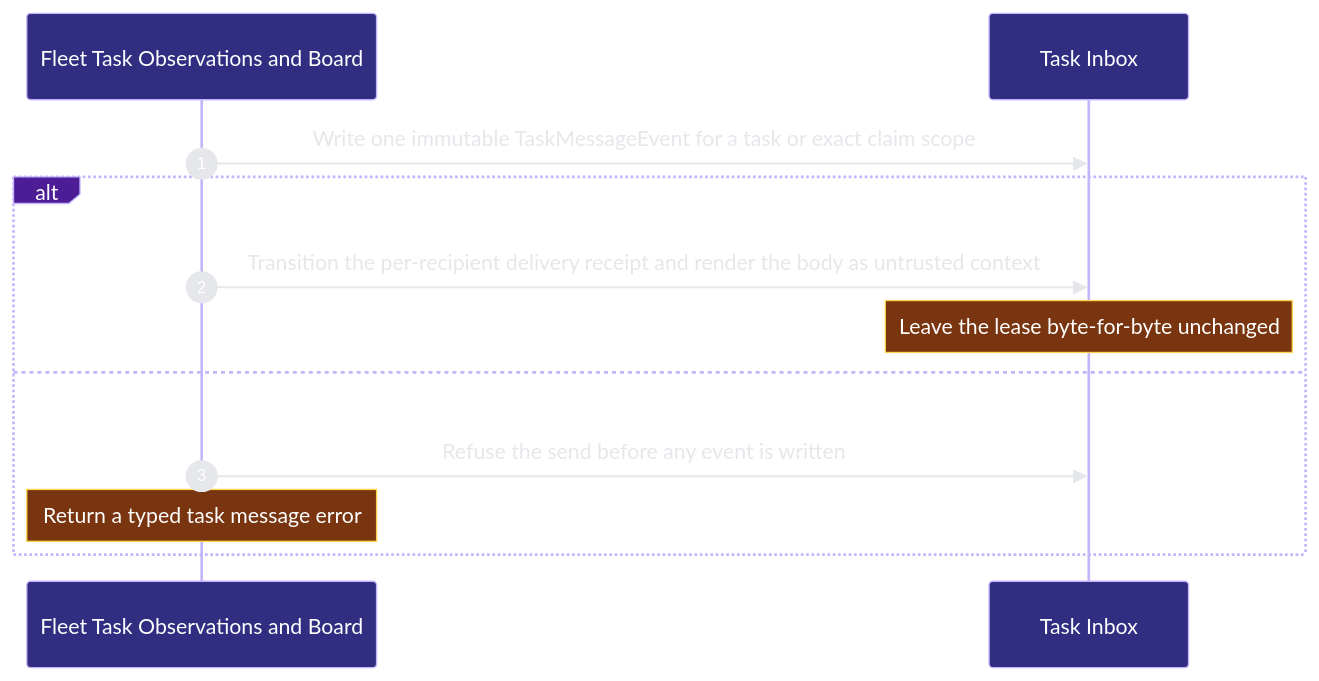
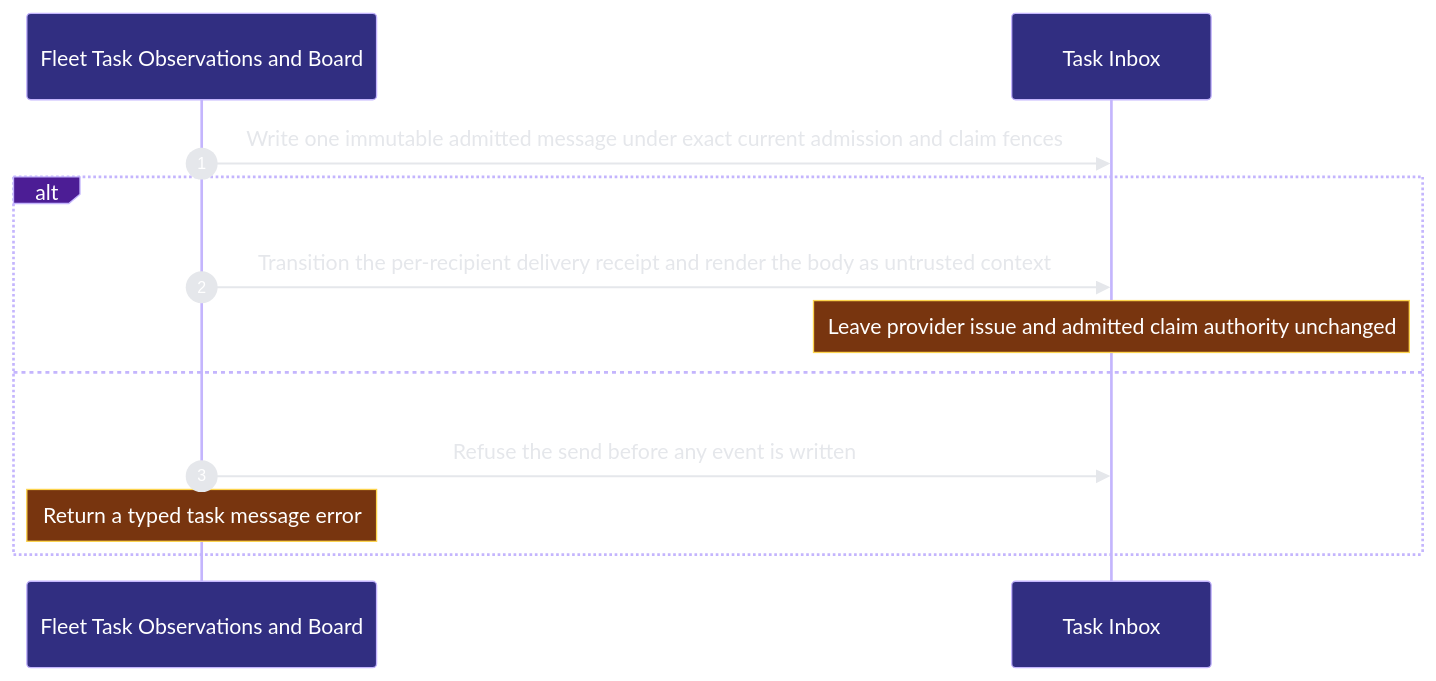
One commit to Ancienttwo/repo-harness changed the second of 2 diagrams in docs/architecture/modules/organization/task-fleet.md. Above: the diagram before and after it, drawn with Mermaid. The commit also changed other lines of this file and 27 other files, not shown here.

First line of the commit message:
chore(projection): refresh generated architecture outputs for main@bbf18043e43e

````diff
--- a/docs/architecture/modules/organization/task-fleet.md
+++ b/docs/architecture/modules/organization/task-fleet.md
@@ -89,15 +93,15 @@
 ```mermaid
 %%{init: {"theme":"base","themeVariables":{"background":"#0d1117","actorBkg":"#312e81","actorBorder":"#c4b5fd","actorTextColor":"#ffffff","signalColor":"#e5e7eb","signalTextColor":"#e5e7eb","labelBoxBkgColor":"#4c1d95","labelBoxBorderColor":"#c4b5fd","labelTextColor":"#ffffff","noteBkgColor":"#78350f","noteBorderColor":"#fcd34d","noteTextColor":"#ffffff","sequenceNumberColor":"#ffffff"}}}%%
 sequenceDiagram
   autonumber
   participant p2_command_015216f4 as Fleet Task Observations and Board
   participant p2_inbox_44cb8de0 as Task Inbox
-  p2_command_015216f4->>p2_inbox_44cb8de0: Write one immutable TaskMessageEvent for a task or exact claim scope
+  p2_command_015216f4->>p2_inbox_44cb8de0: Write one immutable admitted message under exact current admission and claim fences
   alt The current recipient receives the message once
   p2_command_015216f4->>p2_inbox_44cb8de0: Transition the per-recipient delivery receipt and render the body as untrusted context
-    Note over p2_inbox_44cb8de0: Leave the lease byte-for-byte unchanged
-  else The sender lacks current authority or the claim scope is stale
+    Note over p2_inbox_44cb8de0: Leave provider issue and admitted claim authority unchanged
+  else The selected admission is unavailable or the exact claim scope changed
   p2_command_015216f4->>p2_inbox_44cb8de0: Refuse the send before any event is written
     Note over p2_command_015216f4: Return a typed task message error
   end
 ```
````
